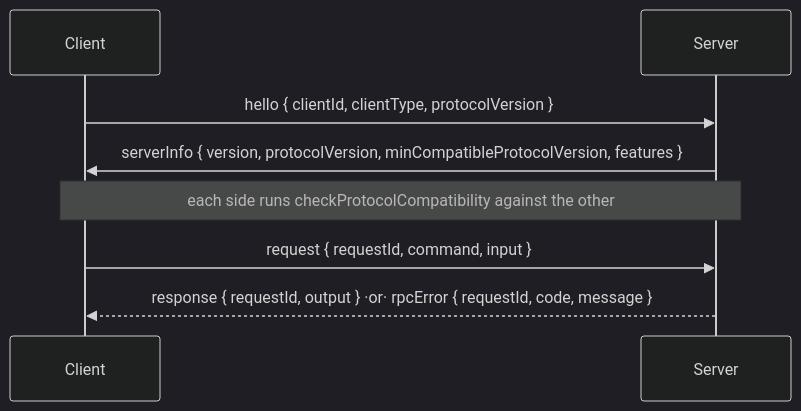
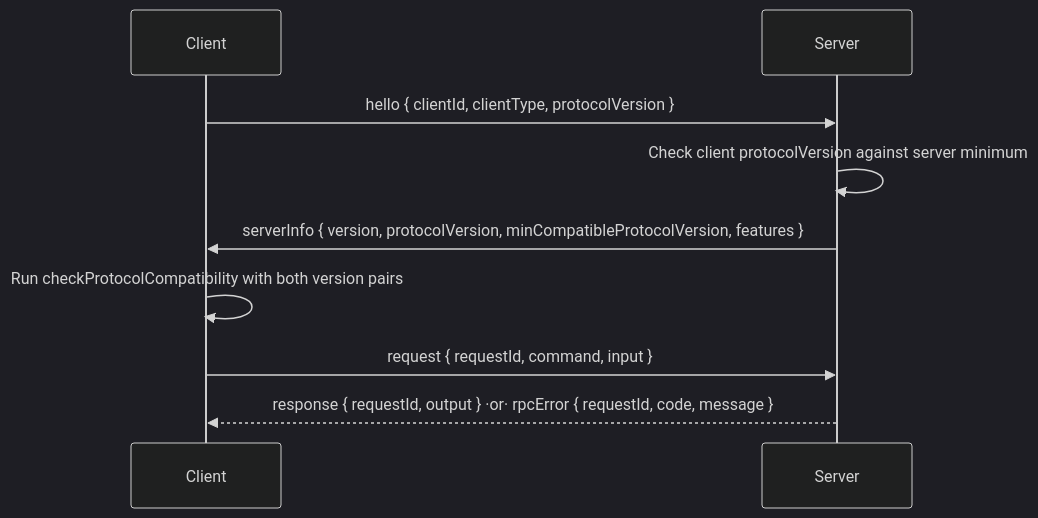
The diagram in docs/src/content/docs/developing/reference/protocol-compatibility.md (rbutera/Rennet), drawn with Mermaid (dark theme) before and after one commit. The commit also changed other lines of this file and 1 other file, not shown here.

Commit message:
test(protocol): pin push-payload validation + window symmetry; docs: handshake division of checks (#376)

````diff
--- a/docs/src/content/docs/developing/reference/protocol-compatibility.md
+++ b/docs/src/content/docs/developing/reference/protocol-compatibility.md
@@ -55,10 +65,11 @@
 ```mermaid
 sequenceDiagram
   participant C as Client
   participant S as Server
   C->>S: hello { clientId, clientType, protocolVersion }
+  S->>S: Check client protocolVersion against server minimum
   S->>C: serverInfo { version, protocolVersion, minCompatibleProtocolVersion, features }
-  Note over C,S: each side runs checkProtocolCompatibility against the other
+  C->>C: Run checkProtocolCompatibility with both version pairs
   C->>S: request { requestId, command, input }
   S-->>C: response { requestId, output }  ·or·  rpcError { requestId, code, message }
 ```
````
